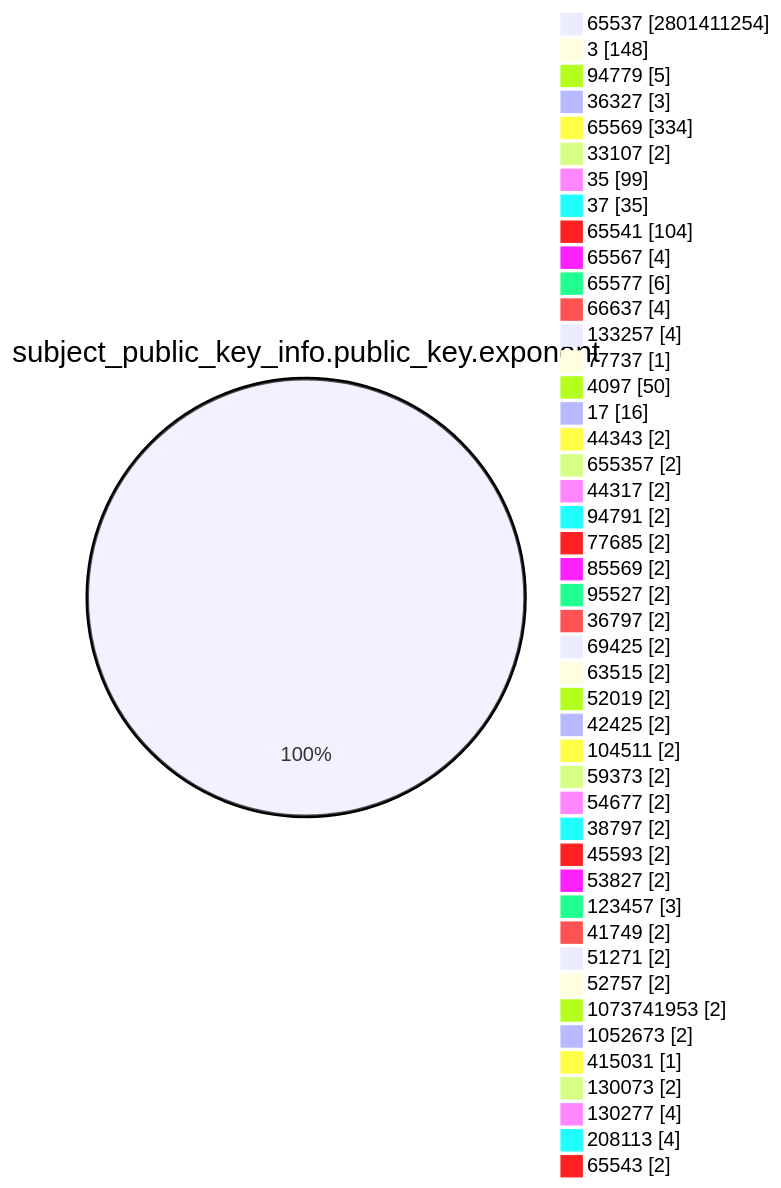
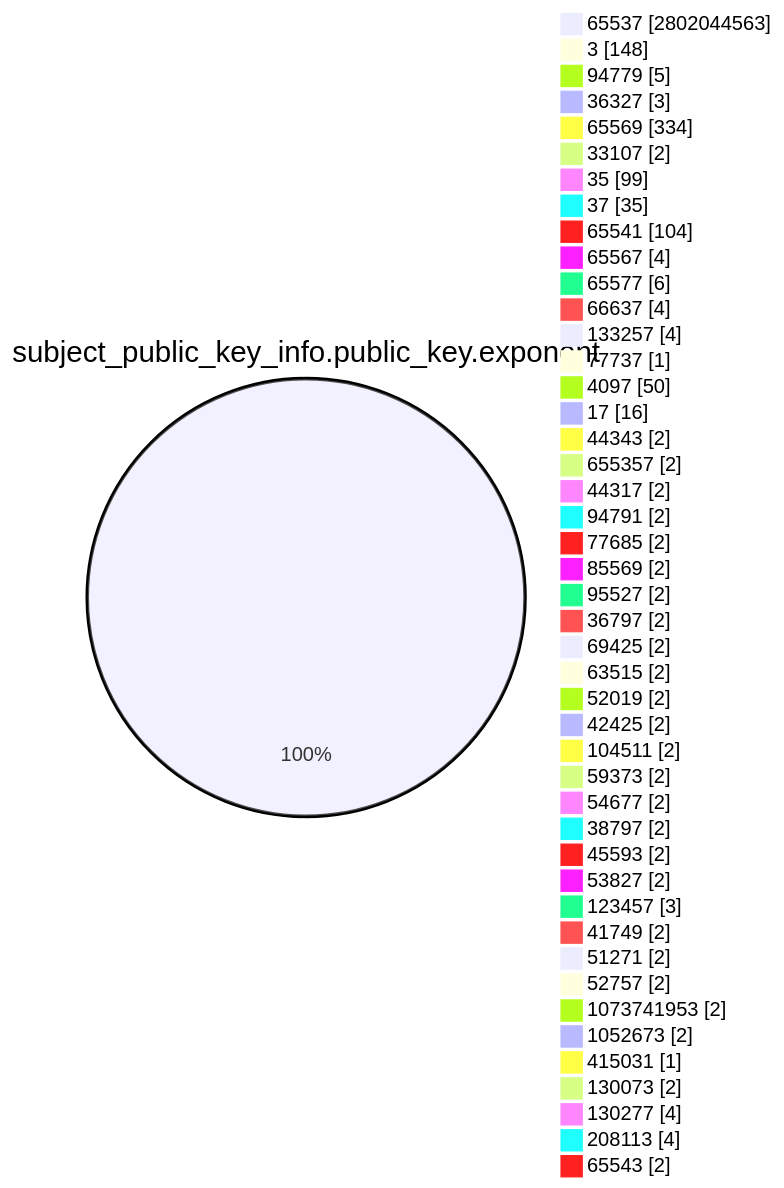
The fourth of 15 diagrams in TOTAL/README.md (christiankrug/ctmonitor_visualization), drawn with Mermaid before and after one commit. The commit also changed other lines of this file, not shown here.

````diff
--- a/TOTAL/README.md
+++ b/TOTAL/README.md
@@ -1467,49 +1467,49 @@
 ```mermaid
 pie showData
 title subject_public_key_info.public_key.exponent
-"65537" :2801411254
+"65537" :2802044563
 "3" :148
 "94779" :5
 "36327" :3
 "65569" :334
 "33107" :2
 "35" :99
 "37" :35
 "65541" :104
 "65567" :4
 "65577" :6
 "66637" :4
 "133257" :4
 "77737" :1
 "4097" :50
 "17" :16
 "44343" :2
 "655357" :2
 "44317" :2
 "94791" :2
 "77685" :2
 "85569" :2
 "95527" :2
 "36797" :2
 "69425" :2
 "63515" :2
 "52019" :2
 "42425" :2
 "104511" :2
 "59373" :2
 "54677" :2
 "38797" :2
 "45593" :2
 "53827" :2
 "123457" :3
 "41749" :2
 "51271" :2
 "52757" :2
 "1073741953" :2
 "1052673" :2
 "415031" :1
 "130073" :2
 "130277" :4
 "208113" :4
 "65543" :2
 ```
````
